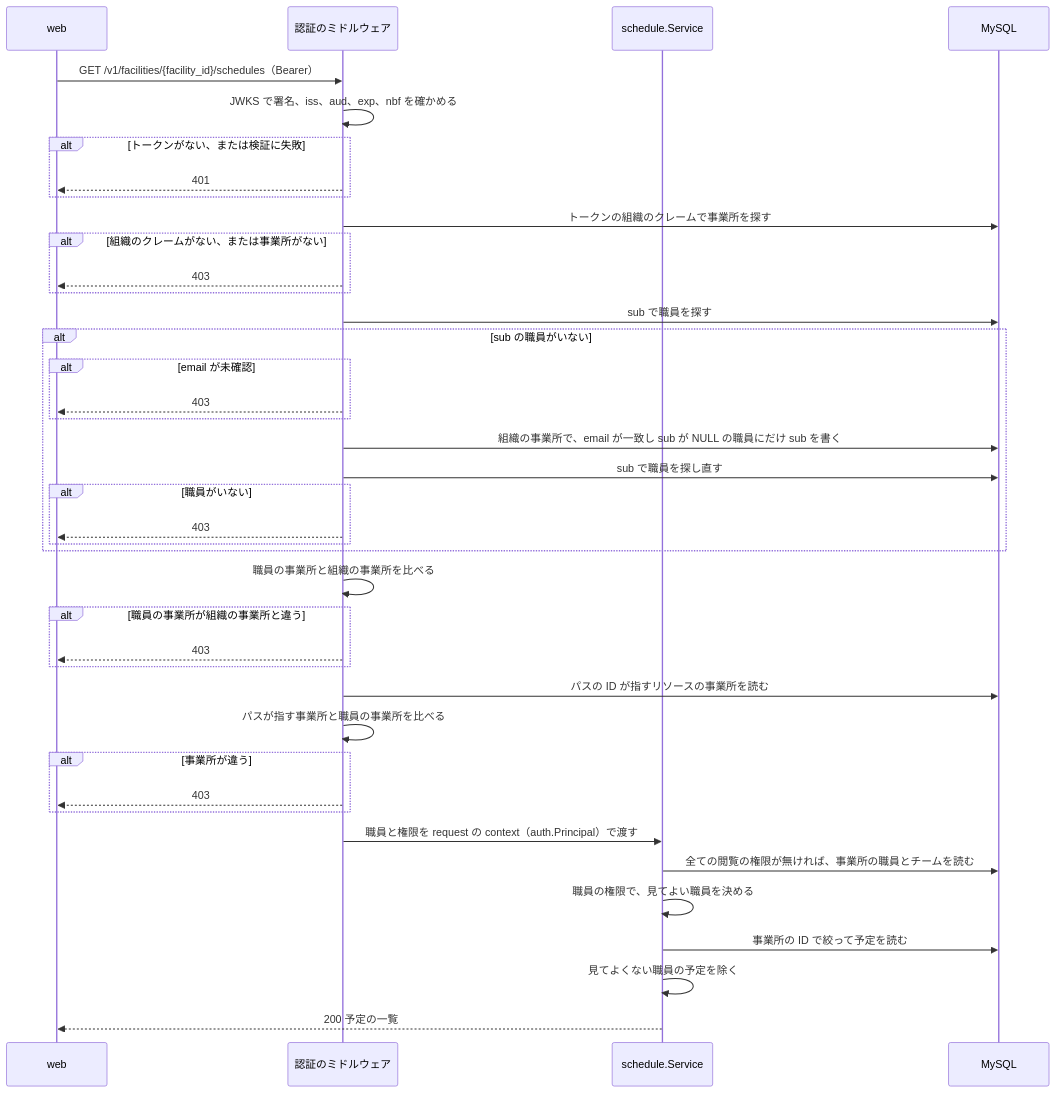
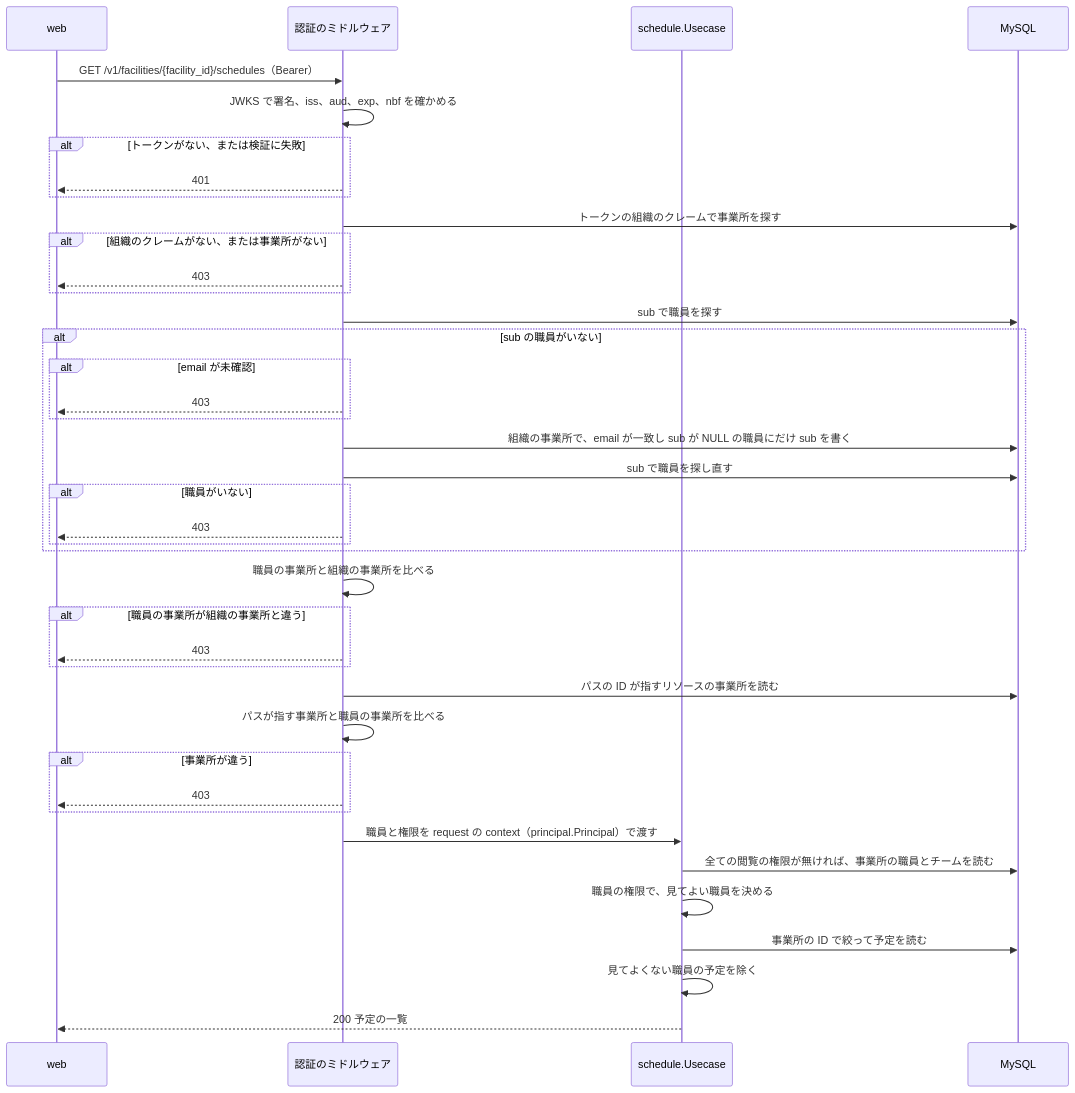
Before and after one commit to Fukuemon/buddy: the second of 2 diagrams in apps/schedule-api/DesignDoc.md, drawn with Mermaid. The commit also changed other lines of this file and 33 other files, not shown here.

````diff
--- a/apps/schedule-api/DesignDoc.md
+++ b/apps/schedule-api/DesignDoc.md
@@ -145,43 +146,43 @@
 ```mermaid
 sequenceDiagram
   participant W as web
   participant M as 認証のミドルウェア
-  participant U as schedule.Service
+  participant U as schedule.Usecase
   participant DB as MySQL
 
   W->>M: GET /v1/facilities/{facility_id}/schedules（Bearer）
   M->>M: JWKS で署名、iss、aud、exp、nbf を確かめる
   alt トークンがない、または検証に失敗
     M-->>W: 401
   end
   M->>DB: トークンの組織のクレームで事業所を探す
   alt 組織のクレームがない、または事業所がない
     M-->>W: 403
   end
   M->>DB: sub で職員を探す
   alt sub の職員がいない
     alt email が未確認
       M-->>W: 403
     end
     M->>DB: 組織の事業所で、email が一致し sub が NULL の職員にだけ sub を書く
     M->>DB: sub で職員を探し直す
     alt 職員がいない
       M-->>W: 403
     end
   end
   M->>M: 職員の事業所と組織の事業所を比べる
   alt 職員の事業所が組織の事業所と違う
     M-->>W: 403
   end
   M->>DB: パスの ID が指すリソースの事業所を読む
   M->>M: パスが指す事業所と職員の事業所を比べる
   alt 事業所が違う
     M-->>W: 403
   end
-  M->>U: 職員と権限を request の context（auth.Principal）で渡す
+  M->>U: 職員と権限を request の context（principal.Principal）で渡す
   U->>DB: 全ての閲覧の権限が無ければ、事業所の職員とチームを読む
   U->>U: 職員の権限で、見てよい職員を決める
   U->>DB: 事業所の ID で絞って予定を読む
   U->>U: 見てよくない職員の予定を除く
   U-->>W: 200 予定の一覧
 ```
````
